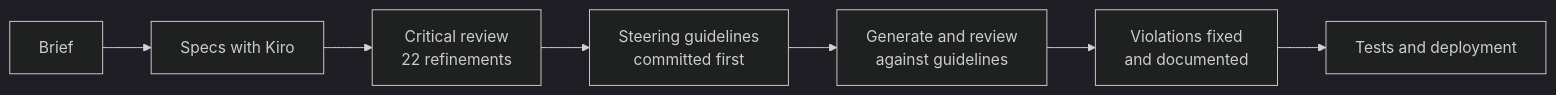
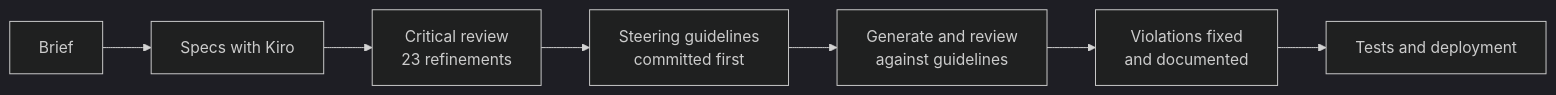
Before and after one commit to Revou-FSSE-Jun26/module-4-jimWilliam: the second of 2 diagrams in README.md, drawn with Mermaid (dark theme). The commit also changed other lines of this file and 37 other files, not shown here.

````diff
--- a/README.md
+++ b/README.md
@@ -230,4 +230,4 @@
 ```mermaid
 flowchart LR
-    A[Brief] --> B[Specs with Kiro] --> C[Critical review<br/>22 refinements] --> D[Steering guidelines<br/>committed first] --> E[Generate and review<br/>against guidelines] --> F[Violations fixed<br/>and documented] --> G[Tests and deployment]
+    A[Brief] --> B[Specs with Kiro] --> C[Critical review<br/>23 refinements] --> D[Steering guidelines<br/>committed first] --> E[Generate and review<br/>against guidelines] --> F[Violations fixed<br/>and documented] --> G[Tests and deployment]
 ```
````
